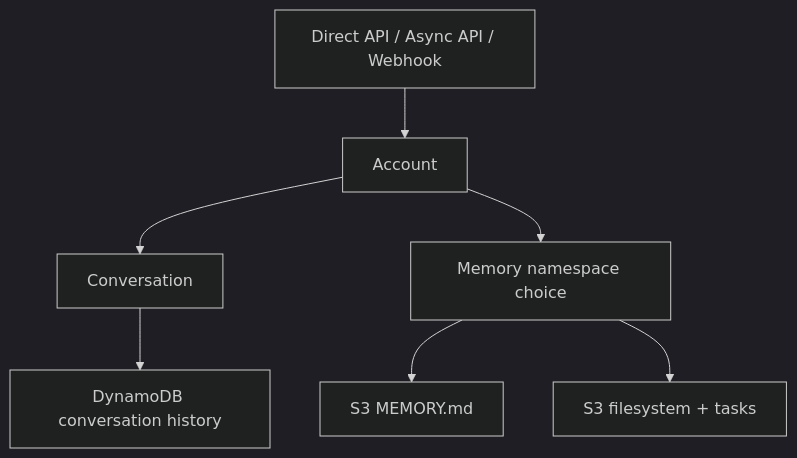
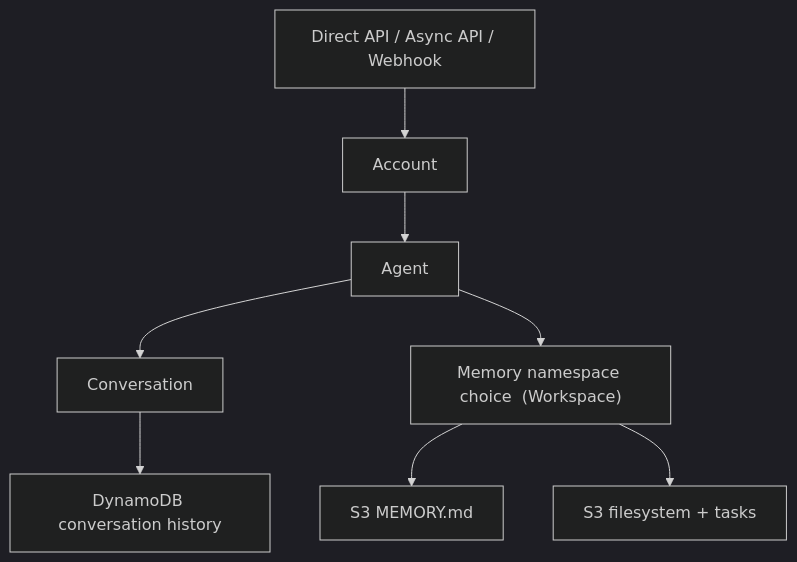
One commit to beeblastco/broods changed the first of 6 diagrams in docs/memory-and-session.md. Above: the diagram before and after it, drawn with Mermaid (dark theme). The commit also changed other lines of this file and 36 other files, not shown here.

````diff
--- a/docs/memory-and-session.md
+++ b/docs/memory-and-session.md
@@ -7,9 +7,10 @@
 ```mermaid
 flowchart TD
   Request["Direct API / Async API / Webhook"] --> Account["Account"]
-  Account --> Conversation["Conversation"]
+  Account --> Agent["Agent"]
+  Agent --> Conversation["Conversation"]
   Conversation --> History["DynamoDB conversation history"]
-  Account --> MemoryChoice["Memory namespace choice"]
+  Agent --> MemoryChoice["Memory namespace choice  (Workspace)"]
   MemoryChoice --> Memory["S3 MEMORY.md"]
   MemoryChoice --> Files["S3 filesystem + tasks"]
 ```
````
